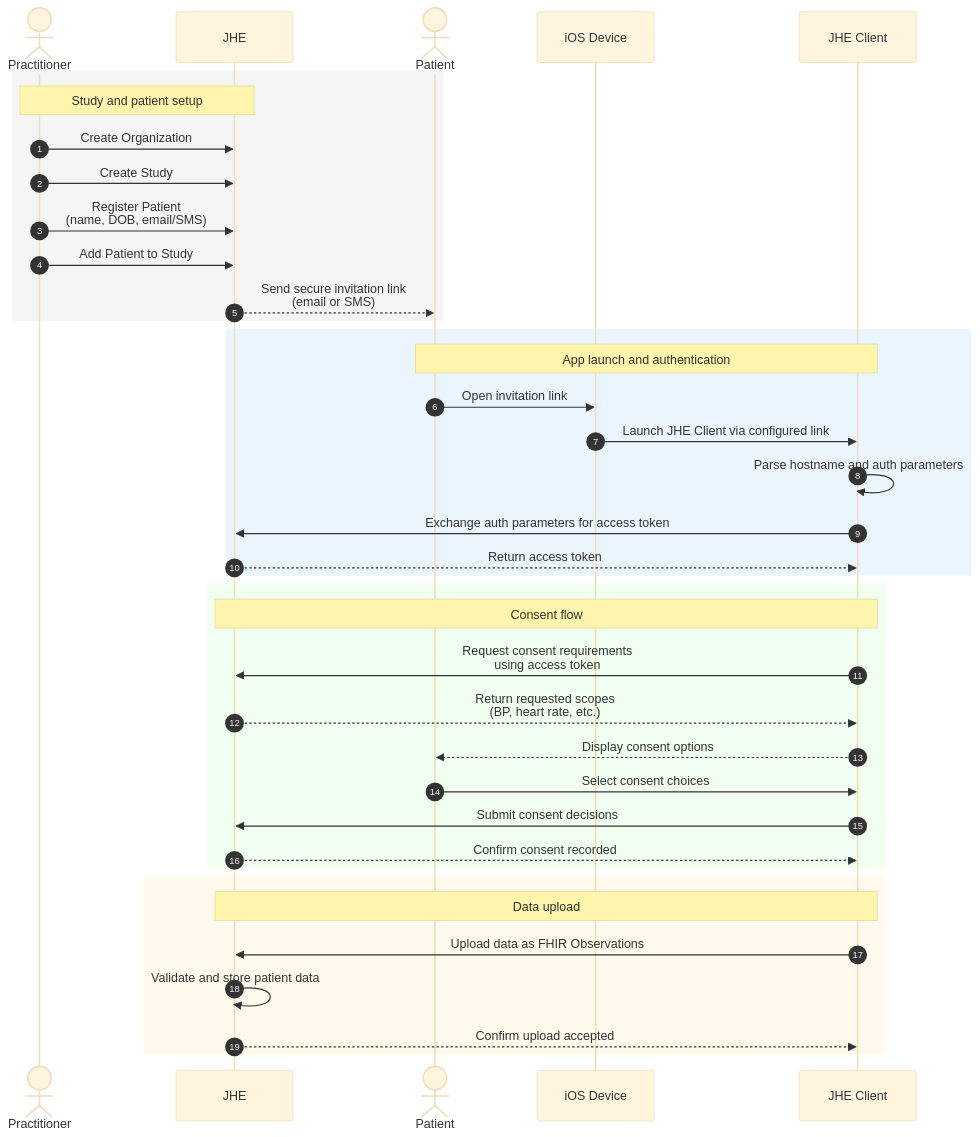
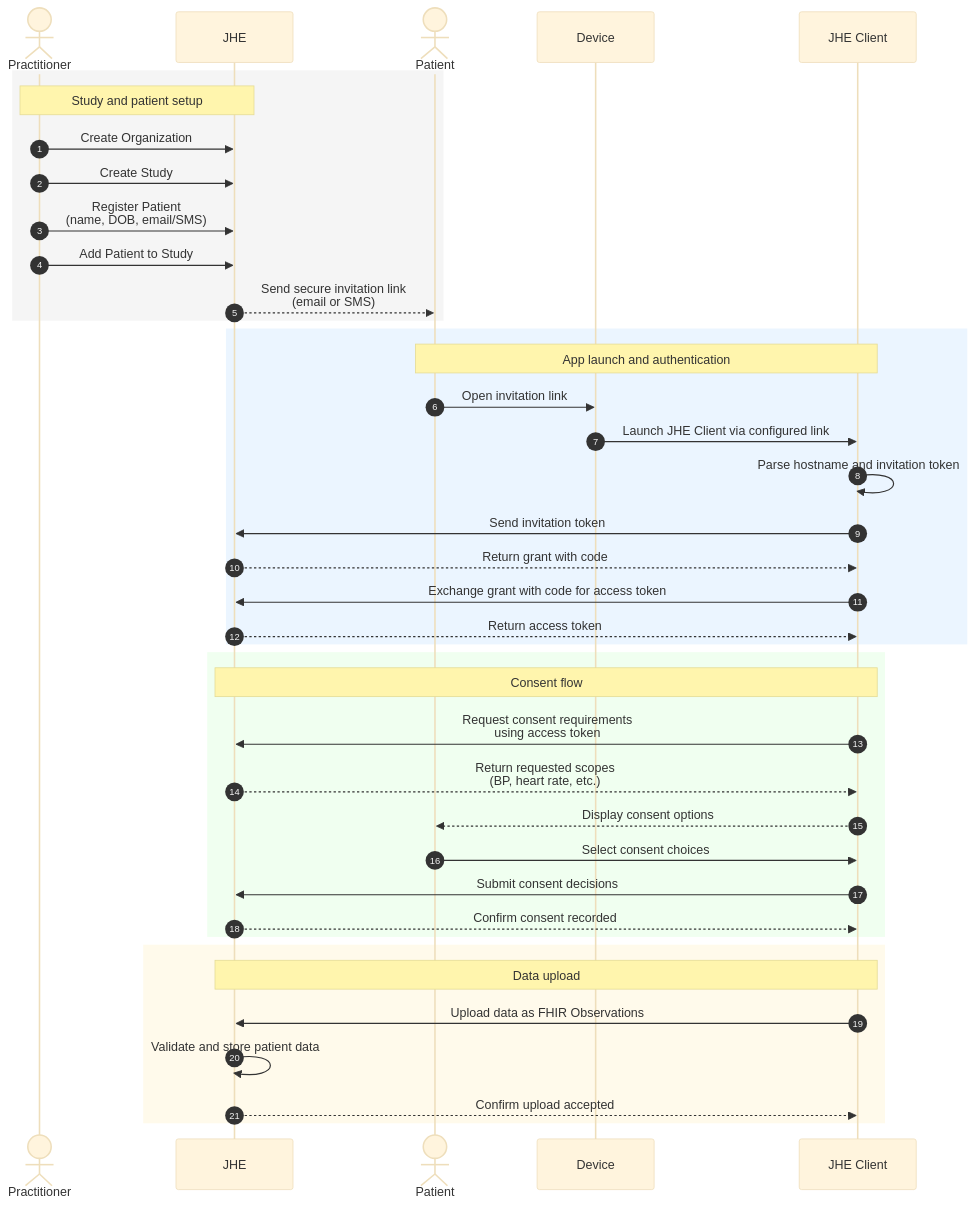
One commit to whitebrick/jupyterhealth-software-documentation changed the diagram in jhe/client-flow.md. Above: the diagram before and after it, drawn with Mermaid (base theme). The commit also changed other lines of this file and 3 other files, not shown here.

Commit message:
doc: invite token auth flow

````diff
--- a/jhe/client-flow.md
+++ b/jhe/client-flow.md
@@ -15,45 +15,47 @@
 ```mermaid
 sequenceDiagram
     autonumber
 
     actor Prac as Practitioner
     participant JHE as JHE
     actor Pat as Patient
-    participant iOS as iOS Device
+    participant Device
     participant Client as JHE Client
 
     rect rgb(245, 245, 245)
         note over Prac,JHE: Study and patient setup
         Prac->>JHE: Create Organization
         Prac->>JHE: Create Study
         Prac->>JHE: Register Patient<br/>(name, DOB, email/SMS)
         Prac->>JHE: Add Patient to Study
         JHE-->>Pat: Send secure invitation link<br/>(email or SMS)
     end
 
     rect rgb(235, 245, 255)
         note over Pat,Client: App launch and authentication
-        Pat->>iOS: Open invitation link
-        iOS->>Client: Launch JHE Client via configured link
-        Client->>Client: Parse hostname and auth parameters
-        Client->>JHE: Exchange auth parameters for access token
+        Pat->>Device: Open invitation link
+        Device->>Client: Launch JHE Client via configured link
+        Client->>Client: Parse hostname and invitation token
+        Client->>JHE: Send invitation token
+        JHE-->>Client: Return grant with code
+        Client->>JHE: Exchange grant with code for access token
         JHE-->>Client: Return access token
     end
 
     rect rgb(240, 255, 240)
         note over Client,JHE: Consent flow
         Client->>JHE: Request consent requirements<br/>using access token
         JHE-->>Client: Return requested scopes<br/>(BP, heart rate, etc.)
         Client-->>Pat: Display consent options
         Pat->>Client: Select consent choices
         Client->>JHE: Submit consent decisions
         JHE-->>Client: Confirm consent recorded
     end
 
     rect rgb(255, 250, 235)
         note over Client,JHE: Data upload
         Client->>JHE: Upload data as FHIR Observations
         JHE->>JHE: Validate and store patient data
         JHE-->>Client: Confirm upload accepted
     end
 ```
````
